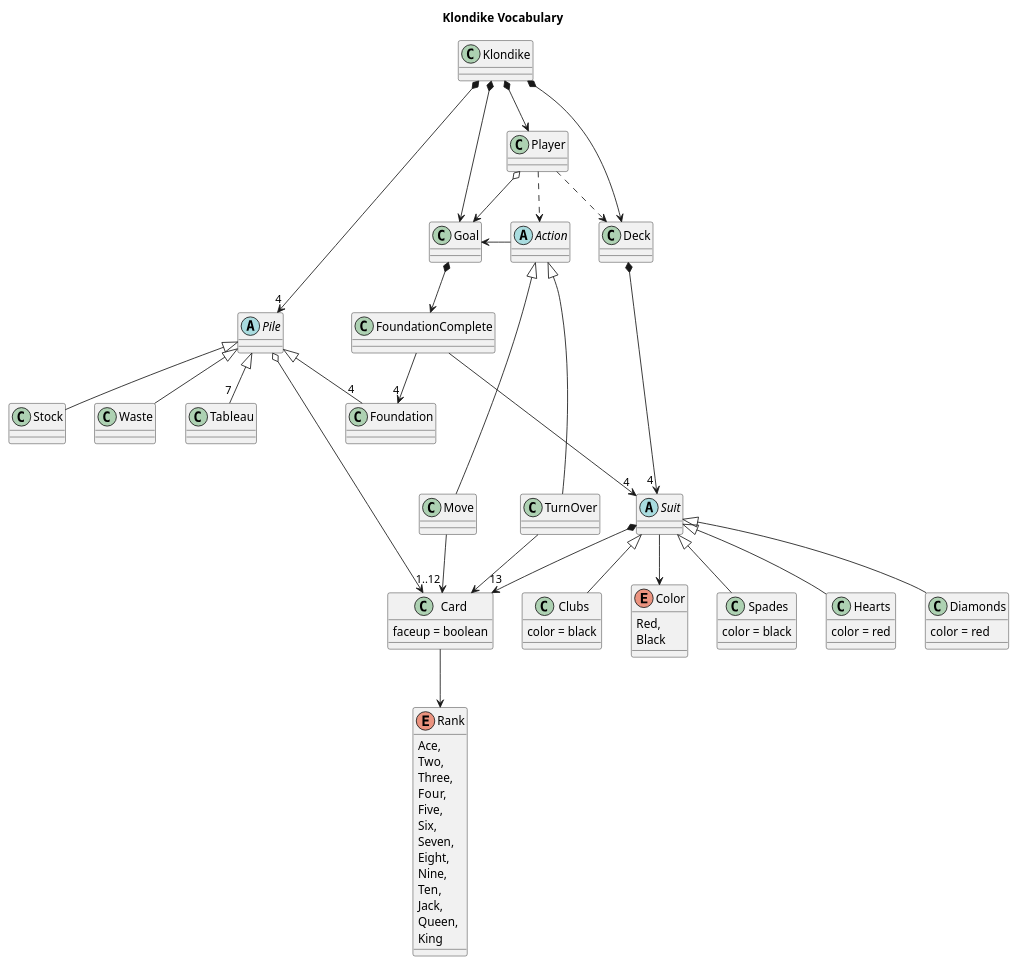
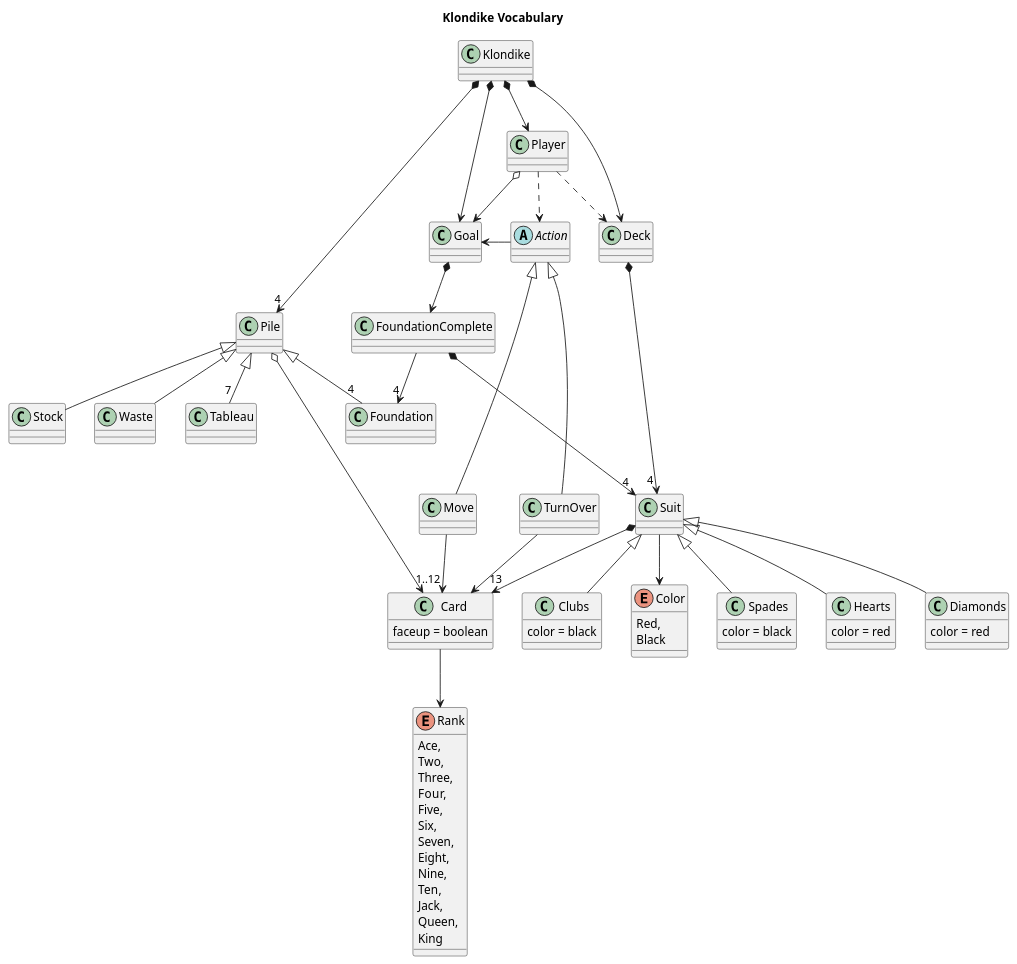
The diagram in tech-plantuml/game-klondike/semanaActual/docs/klondike--vocabulary.puml (USantaTecla-ed-mpds/lab-boole), drawn with PlantUML before and after one commit. The commit also changed 2 other files, not shown here.

```diff
--- a/tech-plantuml/game-klondike/semanaActual/docs/klondike--vocabulary.puml
+++ b/tech-plantuml/game-klondike/semanaActual/docs/klondike--vocabulary.puml
@@ -1,106 +1,106 @@
 @startuml klondike--vocabulary
 
 title Klondike Vocabulary
 
 class Klondike
 class Player
 
-abstract Pile
+class Pile
     class Stock
     class Waste
     class Foundation
     class Tableau
 
 class Deck
 
 class Card {
     faceup = boolean
 }
 enum Rank {
     Ace,
     Two,
     Three,
     Four,
     Five,
     Six,
     Seven,
     Eight,
     Nine,
     Ten,
     Jack,
     Queen,
     King
 }
 
-abstract Suit
+class Suit
     class Spades
     class Hearts
     class Diamonds
     class Clubs
 
 enum Color {
     Red,
     Black
 }
 
 abstract Action
     class Move
     class TurnOver
 
 class Goal
 
 class Spades {
     color = black
 }
 
 class Clubs {
     color = black
 }
 
 class Diamonds {
     color = red
 }
 
 class Hearts {
     color = red
 }
 
 
 
 Klondike *--> Player
 Klondike *--> "4" Pile
 Klondike *--> Deck
 Klondike *--> Goal
 
 Player ..> Action
 Player o--> Goal
 Player ..> Deck
 Goal *--> FoundationComplete
 FoundationComplete --> "4" Foundation
-FoundationComplete ---> "4" Suit
+FoundationComplete *---> "4" Suit
 
 Action -left-> Goal
 Action <|-down-- Move
 Action <|-down-- TurnOver
 Move --> "1..12" Card
 TurnOver --> Card
 
 Pile o--> Card
 Pile <|-down- Stock
 Pile <|-down- Waste
 Pile <|-down- "4" Foundation
 Pile <|-down- "7" Tableau
 
 Deck *---> "4 " Suit
 Suit *--> "13" Card
 Card --> Rank
 
 Suit --> Color
 Suit <|-- Hearts
 Suit <|-- Spades
 Suit <|-- Diamonds
 Suit <|-- Clubs
 
 
 
 @enduml
```
